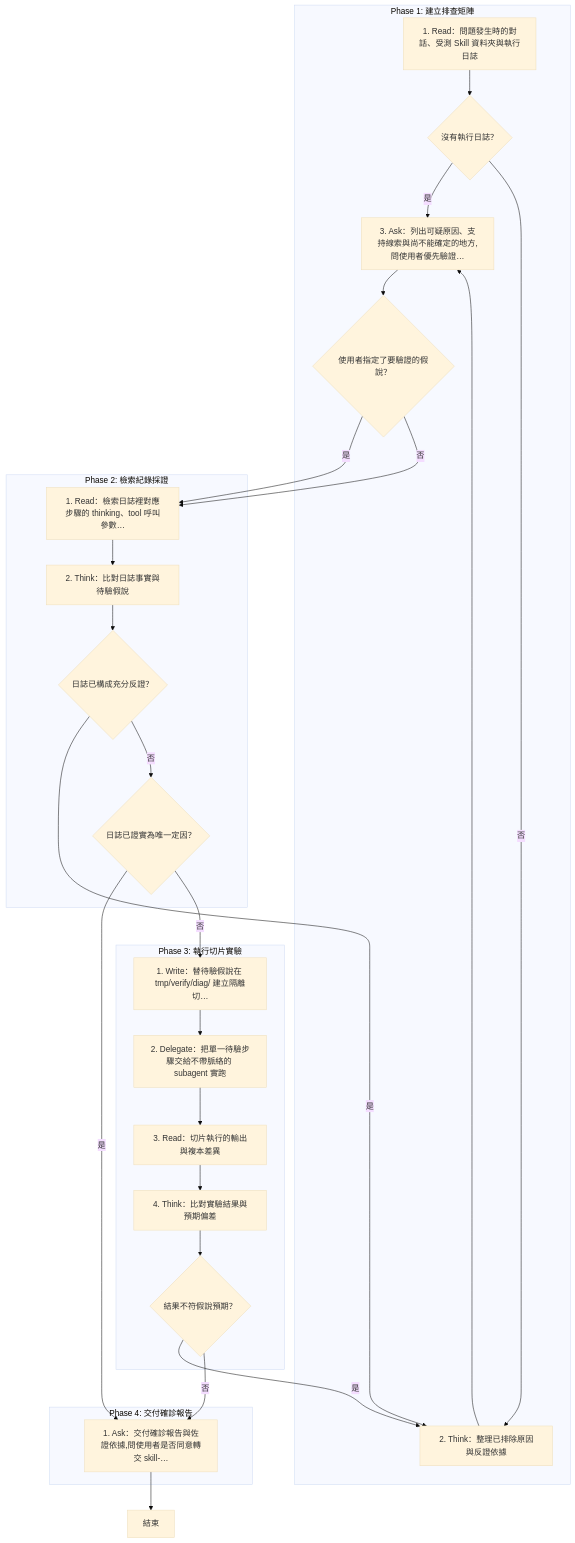
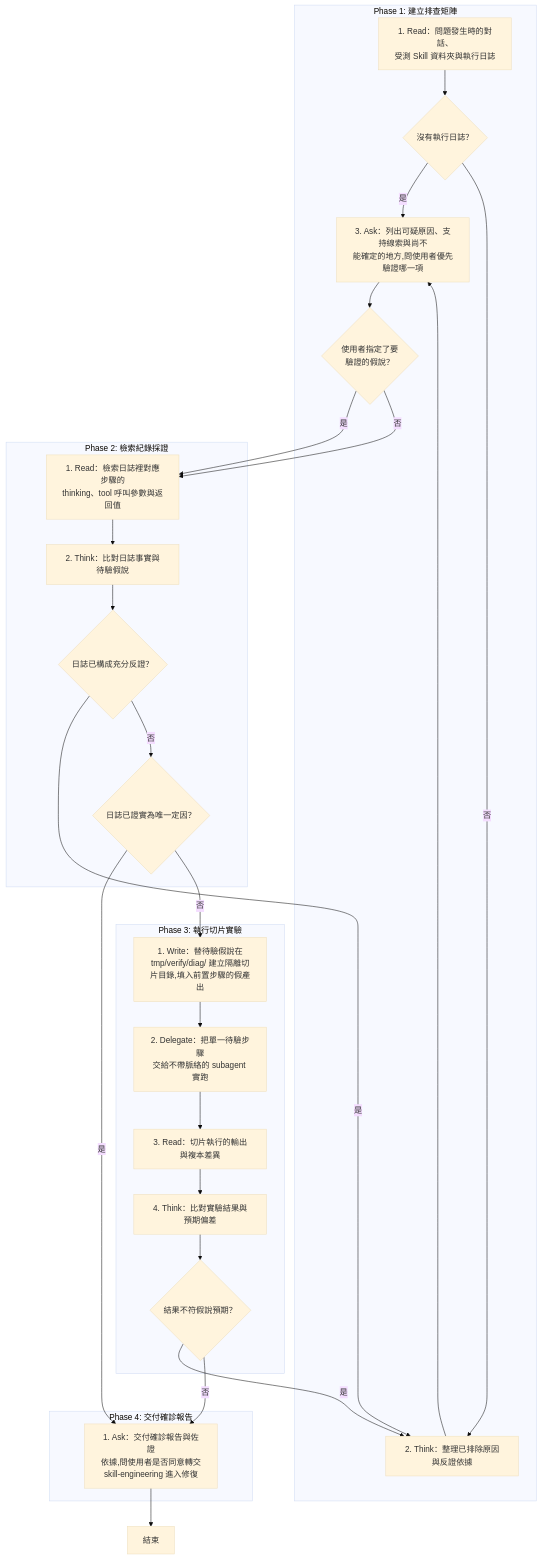
Before and after one commit to AI-x-BDD/BDGG-Dev-Skills: the diagram in .claude/skills/skill-diagnose/SKILL.md, drawn with Mermaid (base theme). The commit also changed 43 other files, not shown here.

First line of the commit message:
feat!: skill-form-sop 的流程視覺圖改放檔尾並以粗體標出的核心動作當標籤

````diff
--- a/.claude/skills/skill-diagnose/SKILL.md
+++ b/.claude/skills/skill-diagnose/SKILL.md
@@ -11,47 +29,47 @@
 ```mermaid
 flowchart TD
     subgraph P1["Phase 1: 建立排查矩陣"]
-        P1S1["1. Read：問題發生時的對話、受測 Skill 資料夾與執行日誌"]
+        P1S1["1. Read：問題發生時的對話、<br/>受測 Skill 資料夾與執行日誌"]
         G_P1S1_1{"沒有執行日誌？"}
         P1S2["2. Think：整理已排除原因與反證依據"]
-        P1S3["3. Ask：列出可疑原因、支持線索與尚不能確定的地方,問使用者優先驗證…"]
-        G_P1S3_1{"使用者指定了要驗證的假說？"}
+        P1S3["3. Ask：列出可疑原因、支持線索與尚不<br/>能確定的地方,問使用者優先驗證哪一項"]
+        G_P1S3_1{"使用者指定了要<br/>驗證的假說？"}
     end
     subgraph P2["Phase 2: 檢索紀錄採證"]
-        P2S1["1. Read：檢索日誌裡對應步驟的 thinking、tool 呼叫參數…"]
+        P2S1["1. Read：檢索日誌裡對應步驟的<br/>thinking、tool 呼叫參數與返回值"]
         P2S2["2. Think：比對日誌事實與待驗假說"]
         G_P2S2_1{"日誌已構成充分反證？"}
         G_P2S2_2{"日誌已證實為唯一定因？"}
     end
     subgraph P3["Phase 3: 執行切片實驗"]
-        P3S1["1. Write：替待驗假說在 tmp/verify/diag/ 建立隔離切…"]
-        P3S2["2. Delegate：把單一待驗步驟交給不帶脈絡的 subagent 實跑"]
+        P3S1["1. Write：替待驗假說在<br/>tmp/verify/diag/ 建立隔離切<br/>片目錄,填入前置步驟的假產出"]
+        P3S2["2. Delegate：把單一待驗步驟<br/>交給不帶脈絡的 subagent 實跑"]
         P3S3["3. Read：切片執行的輸出與複本差異"]
         P3S4["4. Think：比對實驗結果與預期偏差"]
         G_P3S4_1{"結果不符假說預期？"}
     end
     subgraph P4["Phase 4: 交付確診報告"]
-        P4S1["1. Ask：交付確診報告與佐證依據,問使用者是否同意轉交 skill-…"]
+        P4S1["1. Ask：交付確診報告與佐證<br/>依據,問使用者是否同意轉交<br/>skill-engineering 進入修復"]
     end
     End["結束"]
     P1S1 --> G_P1S1_1
     G_P1S1_1 -->|是| P1S3
     G_P1S1_1 -->|否| P1S2
     P1S2 --> P1S3
     P1S3 --> G_P1S3_1
     G_P1S3_1 -->|是| P2S1
     G_P1S3_1 -->|否| P2S1
     P2S1 --> P2S2
     P2S2 --> G_P2S2_1
     G_P2S2_1 -->|是| P1S2
     G_P2S2_1 -->|否| G_P2S2_2
     G_P2S2_2 -->|是| P4S1
     G_P2S2_2 -->|否| P3S1
     P3S1 --> P3S2
     P3S2 --> P3S3
     P3S3 --> P3S4
     P3S4 --> G_P3S4_1
     G_P3S4_1 -->|是| P1S2
     G_P3S4_1 -->|否| P4S1
     P4S1 --> End
 ```
````
